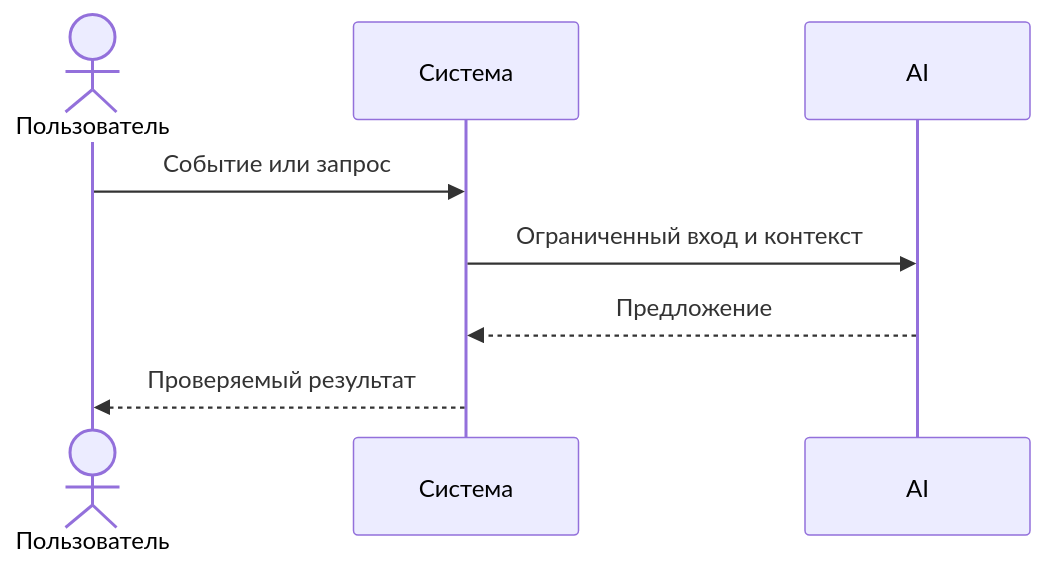
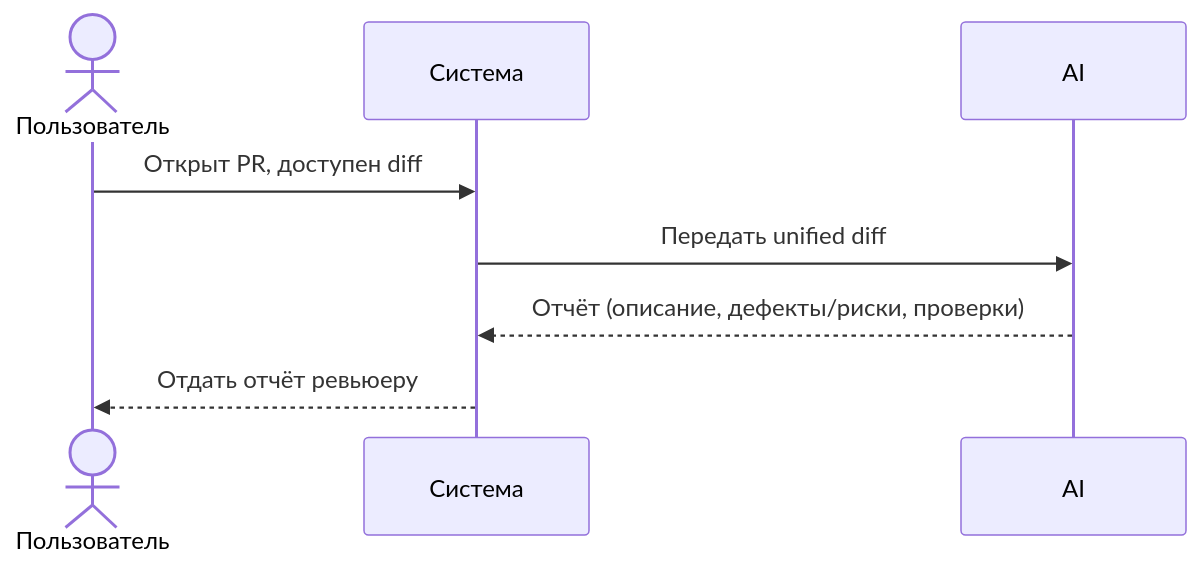
Before and after one commit to ai-course-avito/ITMOv2: the diagram in practices/practice_01/product_management.md, drawn with Mermaid. The commit also changed other lines of this file and 12 other files, not shown here.

````diff
--- a/practices/practice_01/product_management.md
+++ b/practices/practice_01/product_management.md
@@ -23,10 +23,10 @@
 ```mermaid
 sequenceDiagram
     actor User as Пользователь
     participant System as Система
     participant AI as AI
-    User->>System: Событие или запрос
-    System->>AI: Ограниченный вход и контекст
-    AI-->>System: Предложение
-    System-->>User: Проверяемый результат
+    User->>System: Открыт PR, доступен diff
+    System->>AI: Передать unified diff
+    AI-->>System: Отчёт (описание, дефекты/риски, проверки)
+    System-->>User: Отдать отчёт ревьюеру
 ```
````
